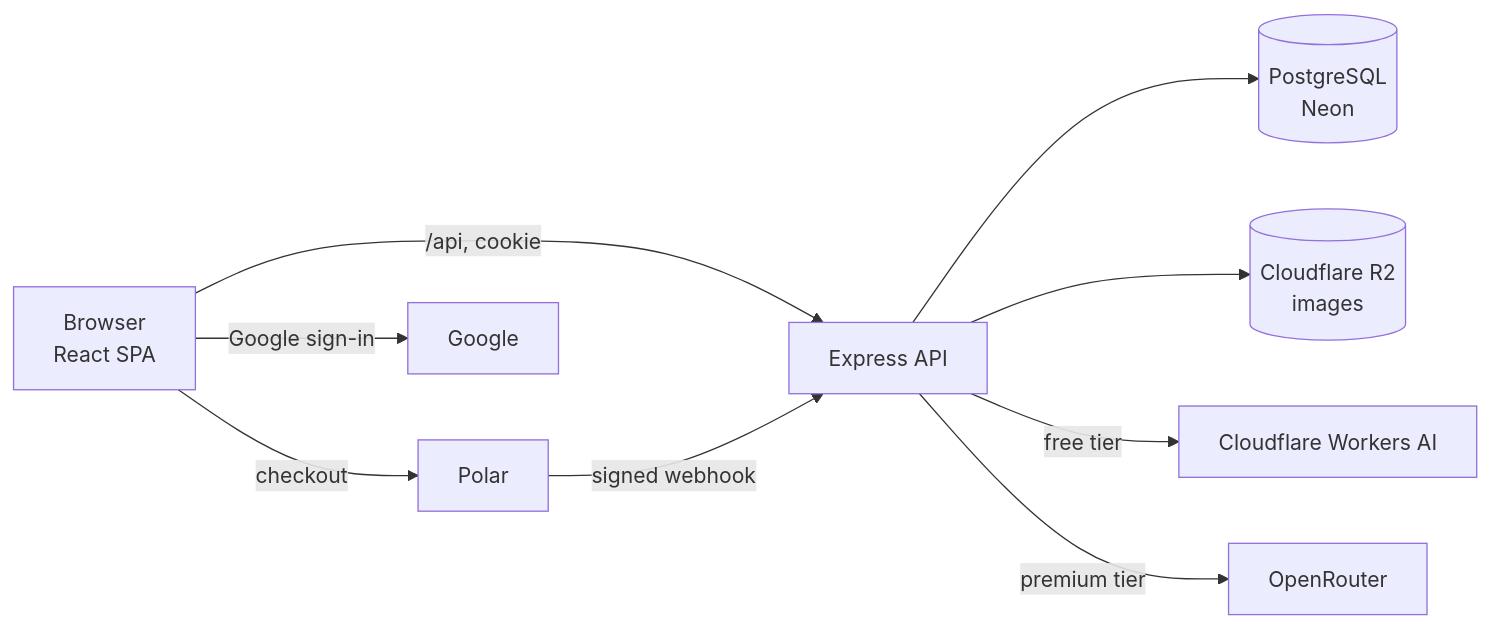
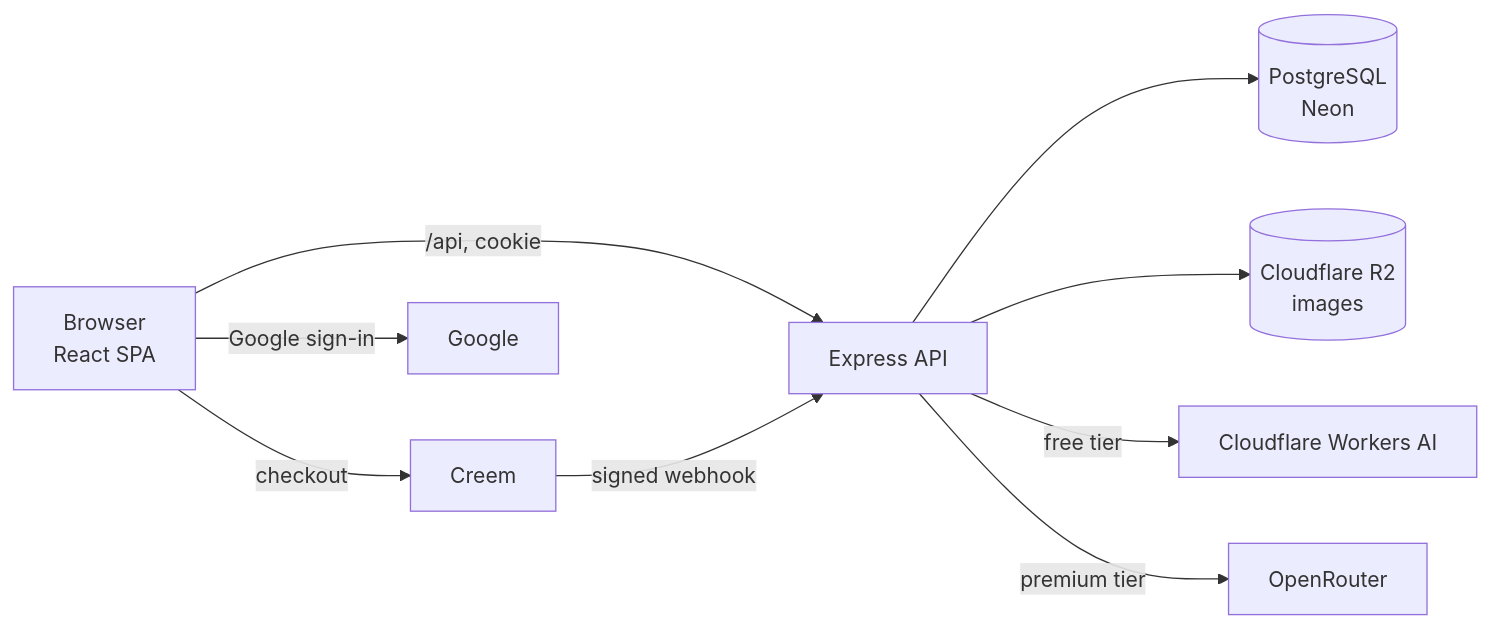
Before and after one commit to rostyslav109/wallpaper-ai: the diagram in README.md, drawn with Mermaid. The commit also changed other lines of this file and 15 other files, not shown here.

Commit message:
feat(billing): switch payments from Polar to Creem with prompt moderation

````diff
--- a/README.md
+++ b/README.md
@@ -42,11 +43,11 @@
 ```mermaid
 flowchart LR
     U[Browser<br/>React SPA] -->|/api, cookie| S[Express API]
     S --> DB[(PostgreSQL<br/>Neon)]
     S --> R2[(Cloudflare R2<br/>images)]
     S -->|free tier| CF[Cloudflare Workers AI]
     S -->|premium tier| OR[OpenRouter]
-    U -->|checkout| P[Polar]
+    U -->|checkout| P[Creem]
     P -->|signed webhook| S
     U -->|Google sign-in| G[Google]
 ```
````
